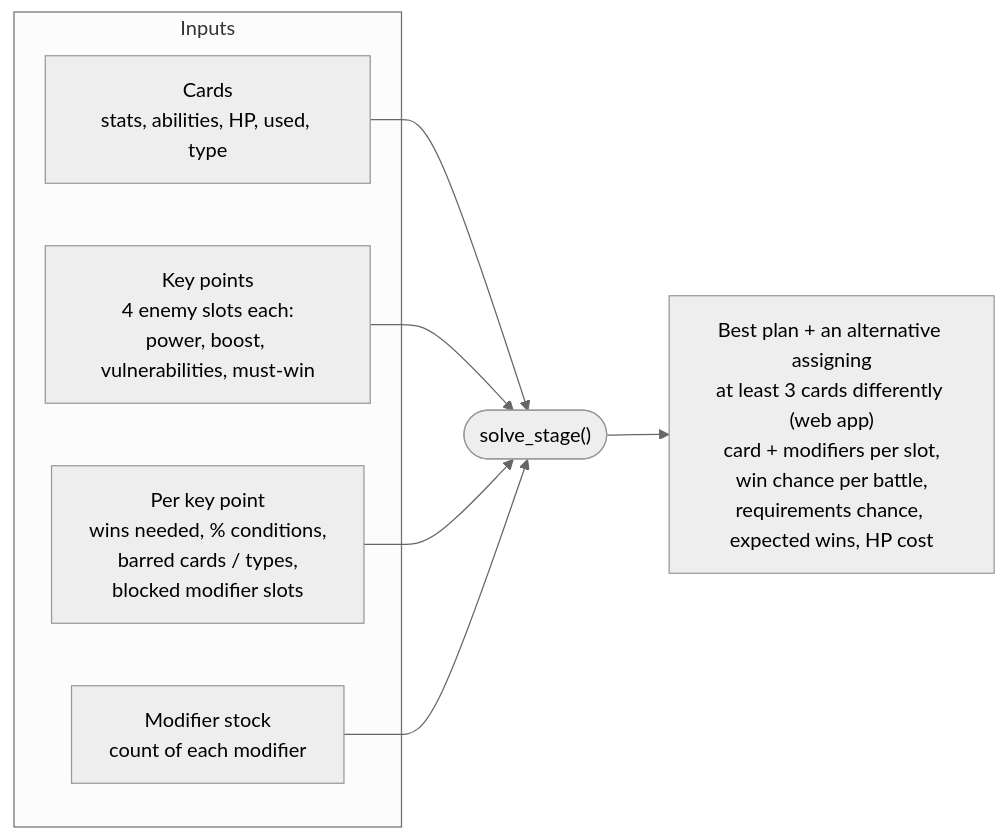
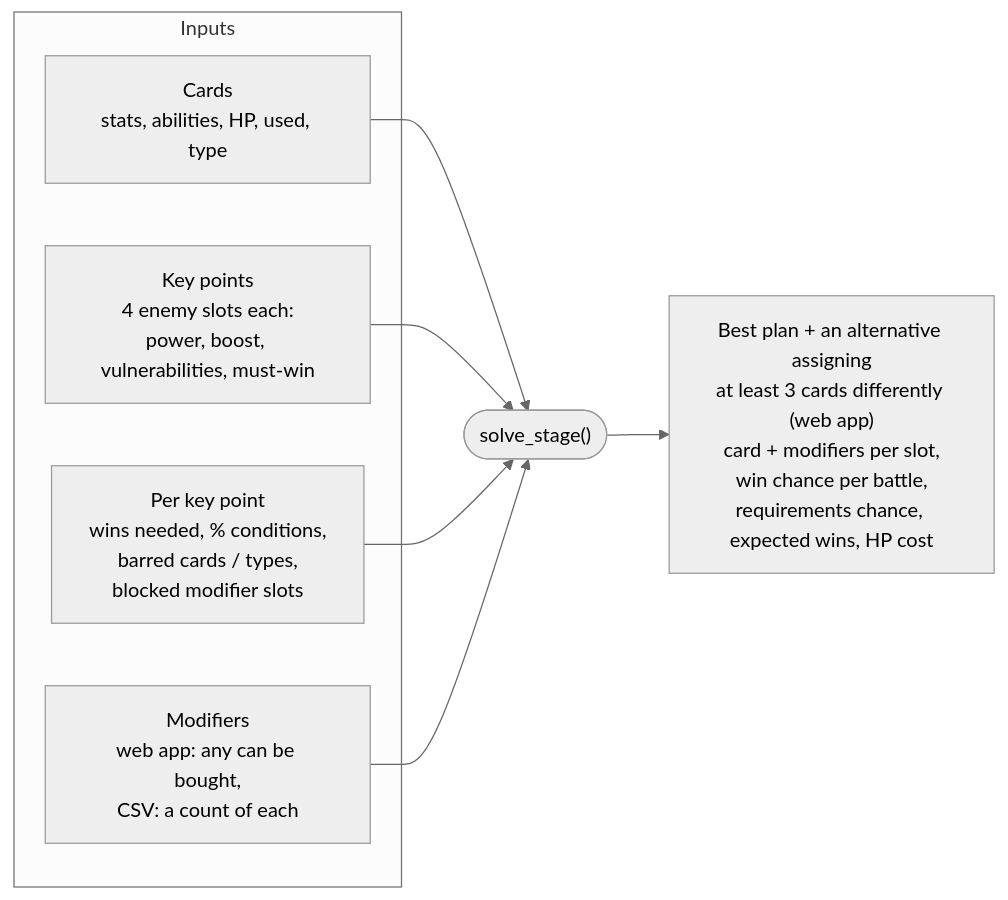
Before and after one commit to zobayer1/wowscardsolver: the first of 3 diagrams in docs/SOLVER.md, drawn with Mermaid (neutral theme). The commit also changed other lines of this file and 18 other files, not shown here.

````diff
--- a/docs/SOLVER.md
+++ b/docs/SOLVER.md
@@ -20,11 +20,11 @@
 ```mermaid
 flowchart LR
     subgraph Inputs
         R["Cards<br/>stats, abilities, HP, used, type"]
         K["Key points<br/>4 enemy slots each:<br/>power, boost, vulnerabilities, must-win"]
         E["Per key point<br/>wins needed, % conditions,<br/>barred cards / types,<br/>blocked modifier slots"]
-        M["Modifier stock<br/>count of each modifier"]
+        M["Modifiers<br/>web app: any can be bought,<br/>CSV: a count of each"]
     end
     R & K & E & M --> S(["solve_stage()"])
     S --> P["Best plan + an alternative assigning<br/>at least 3 cards differently (web app)<br/>card + modifiers per slot,<br/>win chance per battle,<br/>requirements chance, expected wins, HP cost"]
 ```
````
